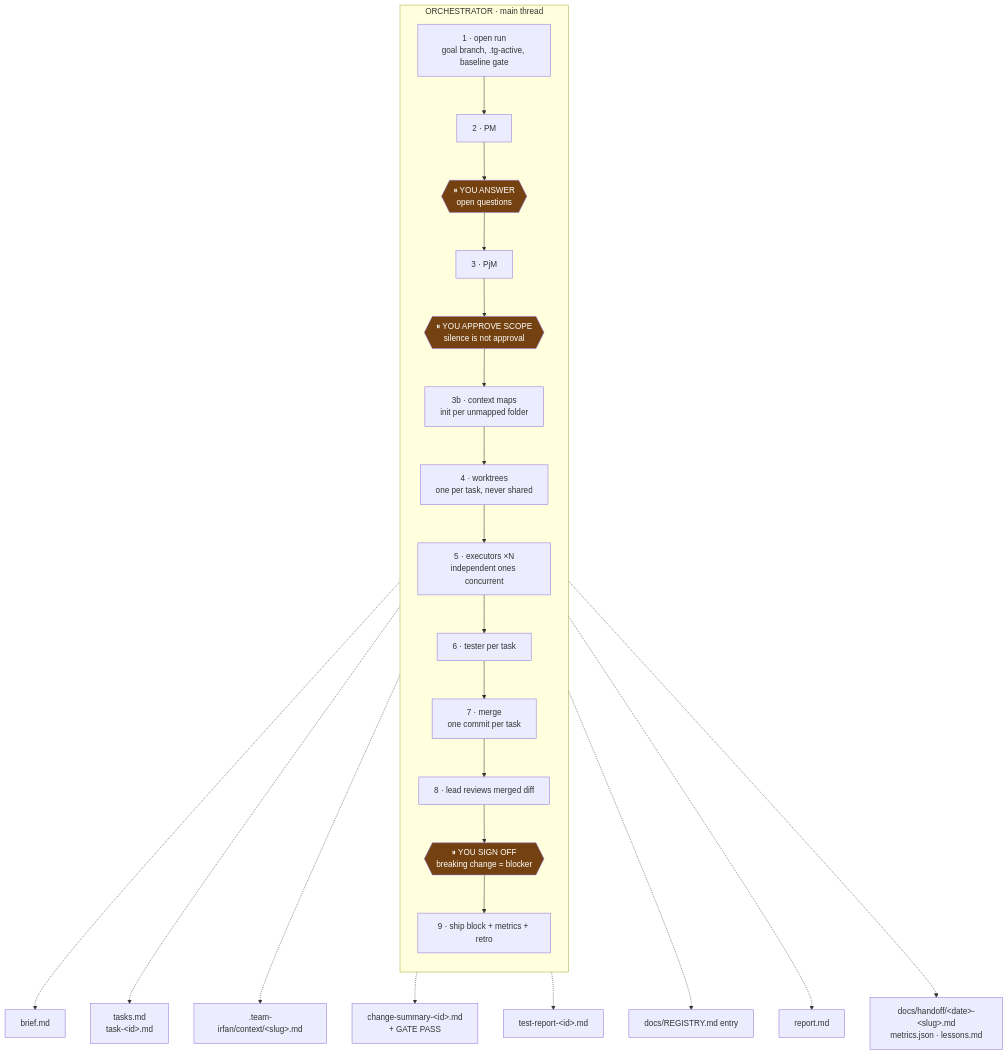
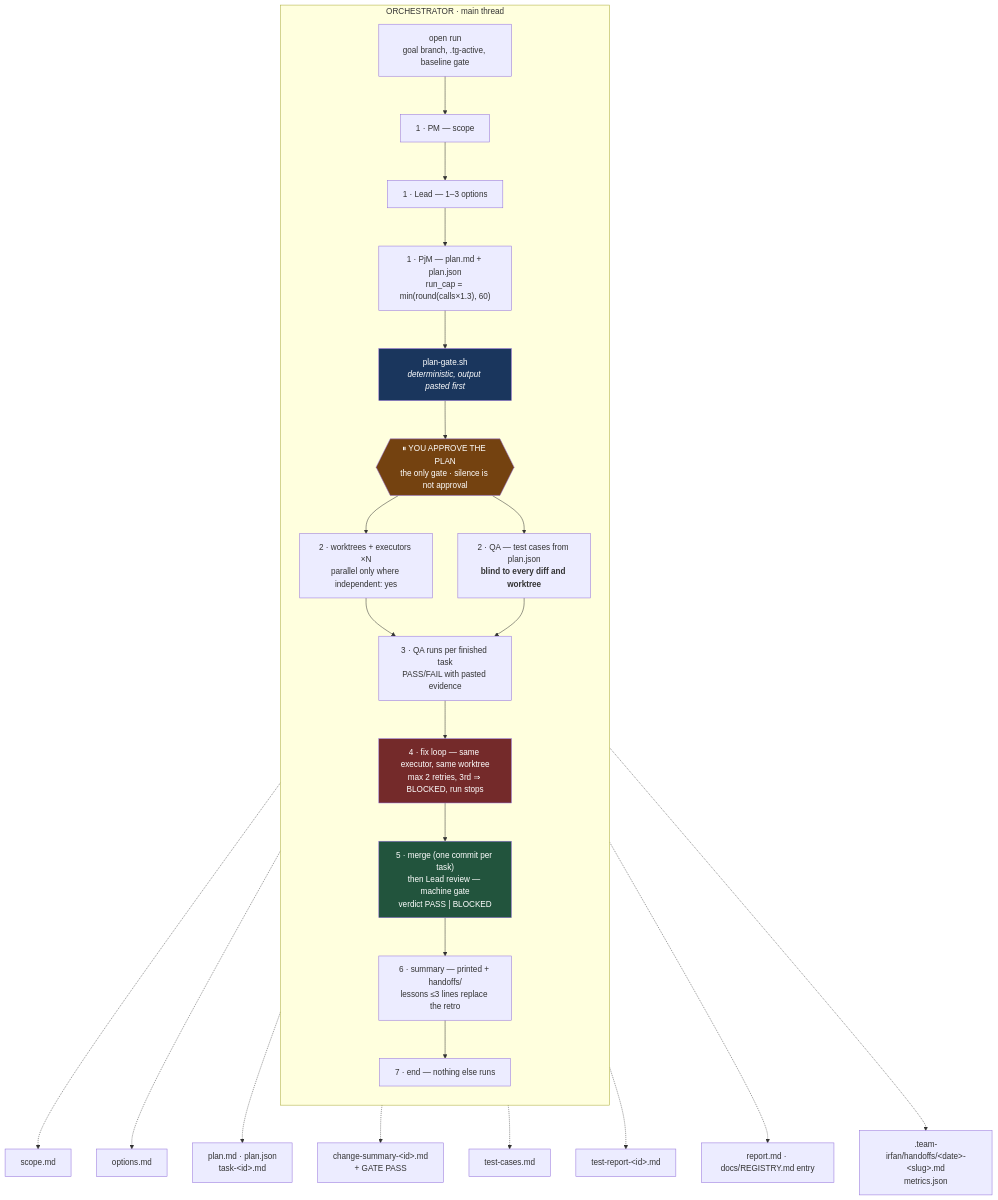
The second of 8 diagrams in docs/workflow.md (irfanguvian/team-irfan), drawn with Mermaid before and after one commit. The commit also changed other lines of this file and 10 other files, not shown here.

First line of the commit message:
docs: README + workflow.md for the 7-step FULL flow; qa rename sweep; plugin v3.0.0

````diff
--- a/docs/workflow.md
+++ b/docs/workflow.md
@@ -58,34 +58,38 @@
 ```mermaid
 flowchart TD
     subgraph ORCH["ORCHESTRATOR · main thread"]
         direction TB
-        S1["1 · open run<br/>goal branch, .tg-active, baseline gate"]
-        S2["2 · PM"]
-        G1{{"⏸ YOU ANSWER<br/>open questions"}}
-        S3["3 · PjM"]
-        G2{{"⏸ YOU APPROVE SCOPE<br/>silence is not approval"}}
-        S3B["3b · context maps<br/>init per unmapped folder"]
-        S4["4 · worktrees<br/>one per task, never shared"]
-        S5["5 · executors ×N<br/>independent ones concurrent"]
-        S6["6 · tester per task"]
-        S7["7 · merge<br/>one commit per task"]
-        S8["8 · lead reviews merged diff"]
-        G3{{"⏸ YOU SIGN OFF<br/>breaking change = blocker"}}
-        S9["9 · ship block + metrics + retro"]
+        S0["open run<br/>goal branch, .tg-active, baseline gate"]
+        S1A["1 · PM — scope"]
+        S1B["1 · Lead — 1–3 options"]
+        S1C["1 · PjM — plan.md + plan.json<br/>run_cap = min(round(calls×1.3), 60)"]
+        PG["plan-gate.sh<br/><i>deterministic, output pasted first</i>"]
+        G1{{"⏸ YOU APPROVE THE PLAN<br/>the only gate · silence is not approval"}}
+        S2A["2 · worktrees + executors ×N<br/>parallel only where independent: yes"]
+        S2B["2 · QA — test cases from plan.json<br/><b>blind to every diff and worktree</b>"]
+        S3["3 · QA runs per finished task<br/>PASS/FAIL with pasted evidence"]
+        S4["4 · fix loop — same executor, same worktree<br/>max 2 retries, 3rd ⇒ BLOCKED, run stops"]
+        S5["5 · merge (one commit per task)<br/>then Lead review — machine gate<br/>verdict PASS | BLOCKED"]
+        S6["6 · summary — printed + handoffs/<br/>lessons ≤3 lines replace the retro"]
+        S7["7 · end — nothing else runs"]
     end
 
-    S1 --> S2 --> G1 --> S3 --> G2 --> S3B --> S4 --> S5 --> S6 --> S7 --> S8 --> G3 --> S9
+    S0 --> S1A --> S1B --> S1C --> PG --> G1
+    G1 --> S2A --> S3
+    G1 --> S2B --> S3
+    S3 --> S4 --> S5 --> S6 --> S7
 
-    S2 -.-> A1["brief.md"]
-    S3 -.-> A2["tasks.md<br/>task-&lt;id&gt;.md"]
-    S3B -.-> A3[".team-irfan/context/&lt;slug&gt;.md"]
-    S5 -.-> A4["change-summary-&lt;id&gt;.md<br/>+ GATE PASS"]
-    S6 -.-> A5["test-report-&lt;id&gt;.md"]
-    S7 -.-> A6["docs/REGISTRY.md entry"]
-    S8 -.-> A7["report.md"]
-    S9 -.-> A8["docs/handoff/&lt;date&gt;-&lt;slug&gt;.md<br/>metrics.json · lessons.md"]
+    S1A -.-> A1["scope.md"]
+    S1B -.-> A2["options.md"]
+    S1C -.-> A3["plan.md · plan.json<br/>task-&lt;id&gt;.md"]
+    S2A -.-> A4["change-summary-&lt;id&gt;.md<br/>+ GATE PASS"]
+    S2B -.-> A5["test-cases.md"]
+    S3 -.-> A6["test-report-&lt;id&gt;.md"]
+    S5 -.-> A7["report.md · docs/REGISTRY.md entry"]
+    S6 -.-> A8[".team-irfan/handoffs/&lt;date&gt;-&lt;slug&gt;.md<br/>metrics.json"]
 
     style G1 fill:#744210,color:#fff
-    style G2 fill:#744210,color:#fff
-    style G3 fill:#744210,color:#fff
+    style PG fill:#1a365d,color:#fff
+    style S4 fill:#742a2a,color:#fff
+    style S5 fill:#22543d,color:#fff
 ```
````
